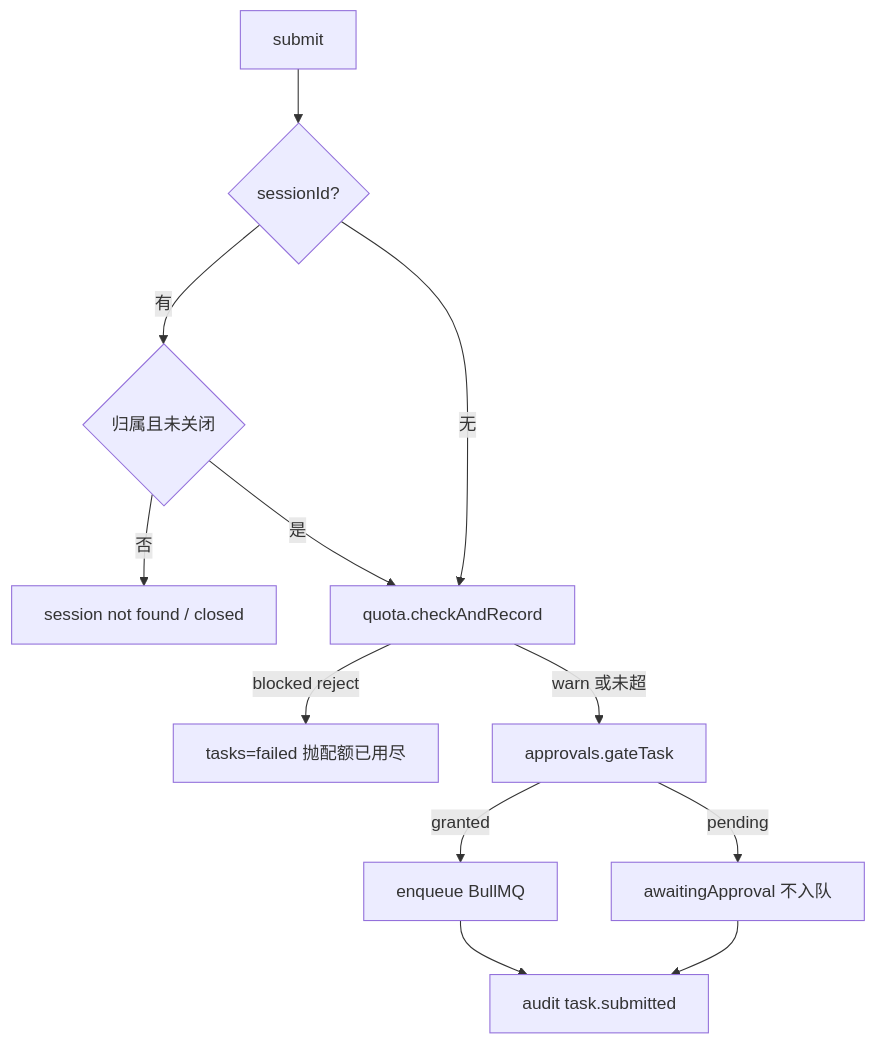
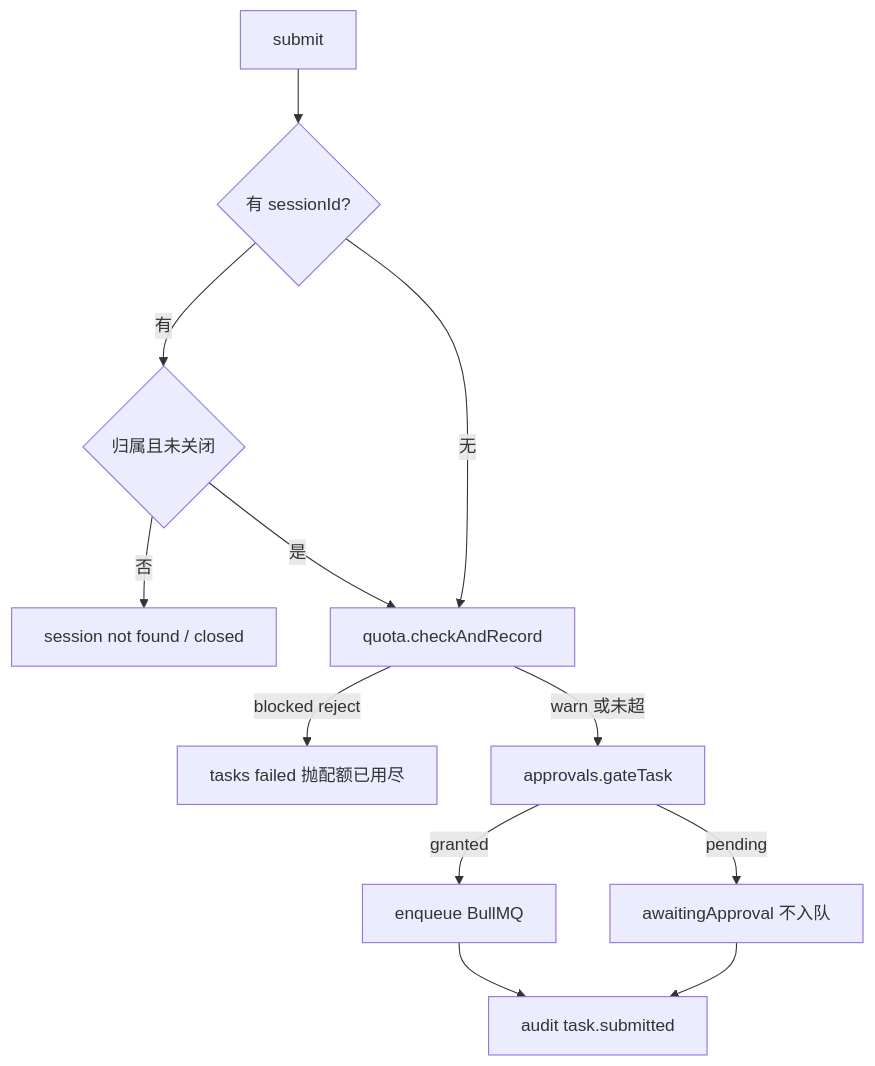
Before and after one commit to jackyqj/ai-agent-platform: the seventh of 12 diagrams in docs/system-arch42.md, drawn with Mermaid. The commit also changed other lines of this file, not shown here.

````diff
--- a/docs/system-arch42.md
+++ b/docs/system-arch42.md
@@ -449,14 +449,14 @@
 ```mermaid
 flowchart TD
-  S[submit] --> V{sessionId?}
-  V -->|有| C{归属且未关闭}
-  C -->|否| E1[session not found / closed]
+  S["submit"] --> V{"有 sessionId?"}
+  V -->|有| C{"归属且未关闭"}
+  C -->|否| E1["session not found / closed"]
   V -->|无| Q
-  C -->|是| Q[quota.checkAndRecord]
-  Q -->|blocked reject| F[tasks=failed 抛配额已用尽]
-  Q -->|warn 或未超| G[approvals.gateTask]
-  G -->|granted| EN[enqueue BullMQ]
-  G -->|pending| WAIT[awaitingApproval 不入队]
-  EN --> AUD[audit task.submitted]
+  C -->|是| Q["quota.checkAndRecord"]
+  Q -->|"blocked reject"| F["tasks failed 抛配额已用尽"]
+  Q -->|"warn 或未超"| G["approvals.gateTask"]
+  G -->|granted| EN["enqueue BullMQ"]
+  G -->|pending| WAIT["awaitingApproval 不入队"]
+  EN --> AUD["audit task.submitted"]
   WAIT --> AUD
 ```
````
